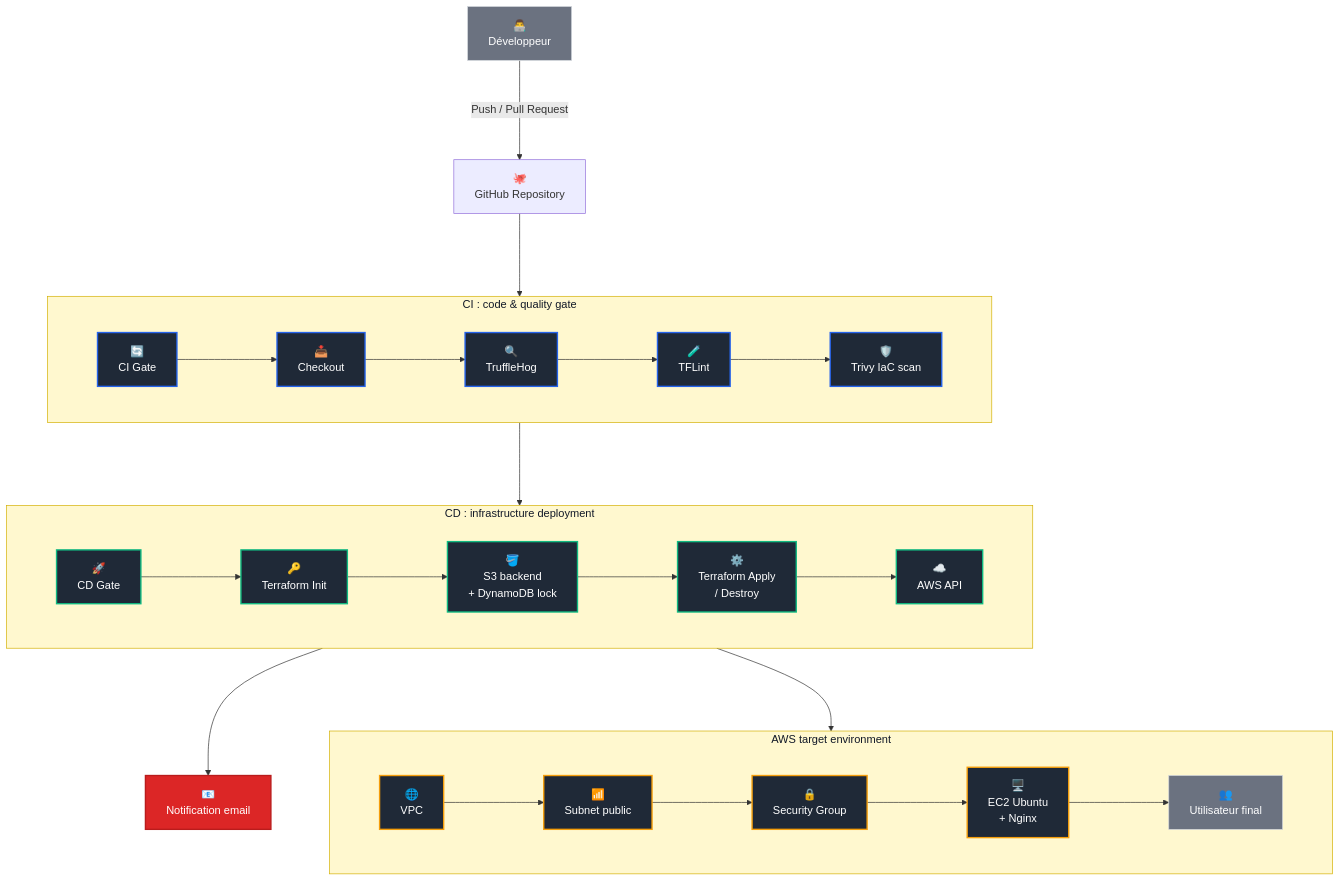
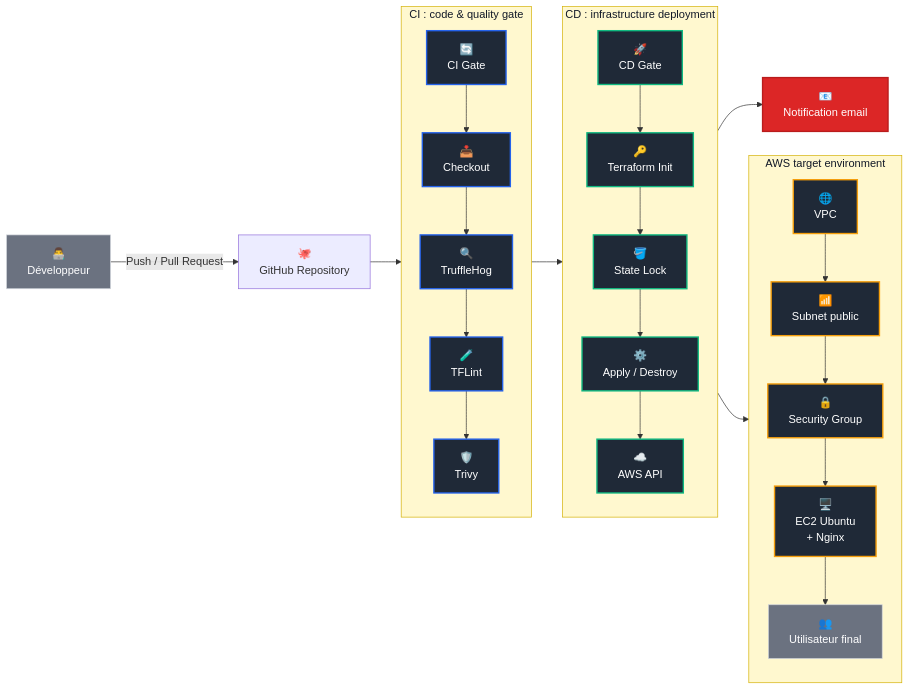
One commit to mawed44/terraform_aws changed the diagram in README.md. Above: the diagram before and after it, drawn with Mermaid.

````diff
--- a/README.md
+++ b/README.md
@@ -52,43 +52,42 @@
 ```mermaid
-%%{init: {"flowchart": {"nodeSpacing": 85, "rankSpacing": 120, "curve": "basis"}}}%%
-flowchart TB
-    Dev[👨‍💻<br/>Développeur] -->|Push / Pull Request| GH[🐙<br/>GitHub Repository]
-    GH --> CI0
+%%{init: {"flowchart": {"nodeSpacing": 35, "rankSpacing": 45, "curve": "basis"}}}%%
+flowchart LR
+    Dev[👨‍💻<br/>Développeur] -->|Push / Pull Request| GH[🐙<br/>GitHub Repository] --> CI0
 
     subgraph CI["CI : code & quality gate"]
-        direction LR
-        CI0[🔄<br/>CI Gate] --> CI1[📥<br/>Checkout] --> CI2[🔍<br/>TruffleHog] --> CI3[🧪<br/>TFLint] --> CI4[🛡️<br/>Trivy IaC scan]
+        direction TB
+        CI0[🔄<br/>CI Gate] --> CI1[📥<br/>Checkout] --> CI2[🔍<br/>TruffleHog] --> CI3[🧪<br/>TFLint] --> CI4[🛡️<br/>Trivy]
     end
 
     CI4 --> CD0
 
     subgraph CD["CD : infrastructure deployment"]
-        direction LR
-        CD0[🚀<br/>CD Gate] --> CD1[🔑<br/>Terraform Init] --> CD2[🪣<br/>S3 backend<br/>+ DynamoDB lock] --> CD3[⚙️<br/>Terraform Apply<br/>/ Destroy] --> CD4[☁️<br/>AWS API]
+        direction TB
+        CD0[🚀<br/>CD Gate] --> CD1[🔑<br/>Terraform Init] --> CD2[🪣<br/>State Lock] --> CD3[⚙️<br/>Apply / Destroy] --> CD4[☁️<br/>AWS API]
     end
 
     CD4 --> AWS0
 
     subgraph AWS["AWS target environment"]
-        direction LR
+        direction TB
         AWS0[🌐<br/>VPC] --> AWS1[📶<br/>Subnet public] --> AWS2[🔒<br/>Security Group] --> AWS3[🖥️<br/>EC2 Ubuntu<br/>+ Nginx] --> User[👥<br/>Utilisateur final]
     end
 
     CD3 --> Mail[📧<br/>Notification email]
 
     style CI fill:#fff8cf,stroke:#d4b106,stroke-width:1px,color:#111827
     style CD fill:#fff8cf,stroke:#d4b106,stroke-width:1px,color:#111827
     style AWS fill:#fff8cf,stroke:#d4b106,stroke-width:1px,color:#111827
 
     classDef ciStyle fill:#1f2937,stroke:#2563eb,stroke-width:2px,color:#fff;
     classDef cdStyle fill:#1f2937,stroke:#10b981,stroke-width:2px,color:#fff;
     classDef awsStyle fill:#1f2937,stroke:#f59e0b,stroke-width:2px,color:#fff;
     classDef devStyle fill:#6b7280,stroke:#d1d5db,stroke-width:1px,color:#fff;
     classDef mailStyle fill:#dc2626,stroke:#b91c1c,stroke-width:2px,color:#fff;
 
     class Dev,User devStyle;
     class CI0,CI1,CI2,CI3,CI4 ciStyle;
     class CD0,CD1,CD2,CD3,CD4 cdStyle;
     class AWS0,AWS1,AWS2,AWS3 awsStyle;
     class Mail mailStyle;
 ```
````
